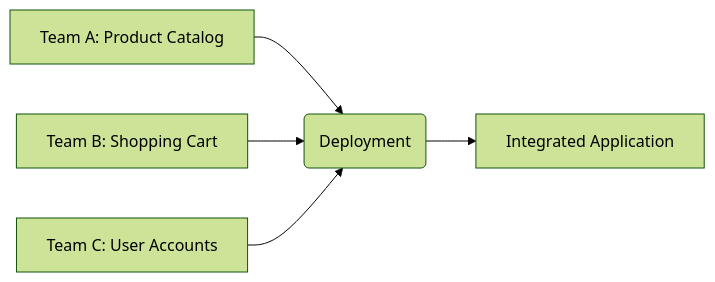
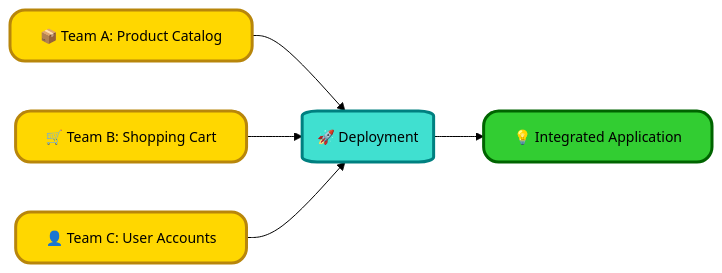
One commit to infoyouth/infoyouth.github.io changed the first of 3 diagrams in _posts/2025-02-15-14.-micro-frontends-with-angular.md. Above: the diagram before and after it, drawn with Mermaid (forest theme). The commit also changed other lines of this file, not shown here.

````diff
--- a/_posts/2025-02-15-14.-micro-frontends-with-angular.md
+++ b/_posts/2025-02-15-14.-micro-frontends-with-angular.md
@@ -53,7 +53,17 @@
 ```mermaid
 graph LR
-A[Team A: Product Catalog] --> B(Deployment);
-C[Team B: Shopping Cart] --> B;
-D[Team C: User Accounts] --> B;
-B --> E[Integrated Application];
+    A["📦 Team A: Product Catalog"] --> B("🚀 Deployment");
+    C["🛒 Team B: Shopping Cart"] --> B;
+    D["👤 Team C: User Accounts"] --> B;
+    B --> E["💡 Integrated Application"];
+
+    %% Custom Styles
+    classDef teamStyle fill:#FFD700,stroke:#B8860B,color:#000000,font-size:14px,stroke-width:3px,rx:15px,shadow:5px;
+    classDef deployStyle fill:#40E0D0,stroke:#008080,color:#000000,font-size:14px,stroke-width:3px,rx:15px,shadow:5px;
+    classDef appStyle fill:#32CD32,stroke:#006400,color:#000000,font-size:14px,stroke-width:3px,rx:15px,shadow:5px;
+
+    %% Apply Classes
+    class A,C,D teamStyle;
+    class B deployStyle;
+    class E appStyle;
 ```
````
